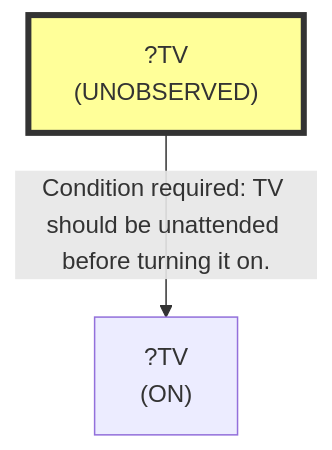
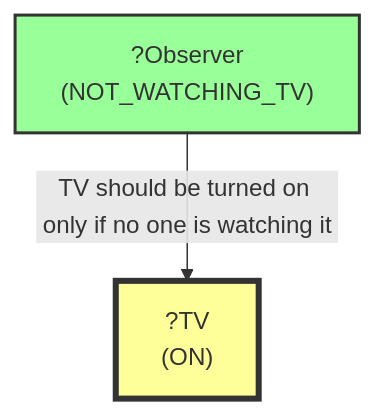
One commit to scuama/virtualhome changed the second of 17 diagrams in evaluation/results/table2/robostate/scale/S7/E_MULTI_G02_S7/run_E_MULTI_G02_S7.md. Above: the diagram before and after it, drawn with Mermaid. The commit also changed other lines of this file and 108 other files, not shown here.

````diff
--- a/evaluation/results/table2/robostate/scale/S7/E_MULTI_G02_S7/run_E_MULTI_G02_S7.md
+++ b/evaluation/results/table2/robostate/scale/S7/E_MULTI_G02_S7/run_E_MULTI_G02_S7.md
@@ -168,7 +170,8 @@
 ```mermaid
 graph TD
     N1["?TV<br>(ON)"]
-    N2["?TV<br>(UNOBSERVED)"]
-    style N2 fill:#ff9,stroke:#333,stroke-width:4px
-    N2 -->|"Condition required: TV should be unattended before turning it on."| N1
+    style N1 fill:#ff9,stroke:#333,stroke-width:4px
+    N2["?Observer<br>(NOT_WATCHING_TV)"]
+    style N2 fill:#9f9,stroke:#333,stroke-width:2px
+    N2 -->|"TV should be turned on only if no one is watching it"| N1
 ```
````
